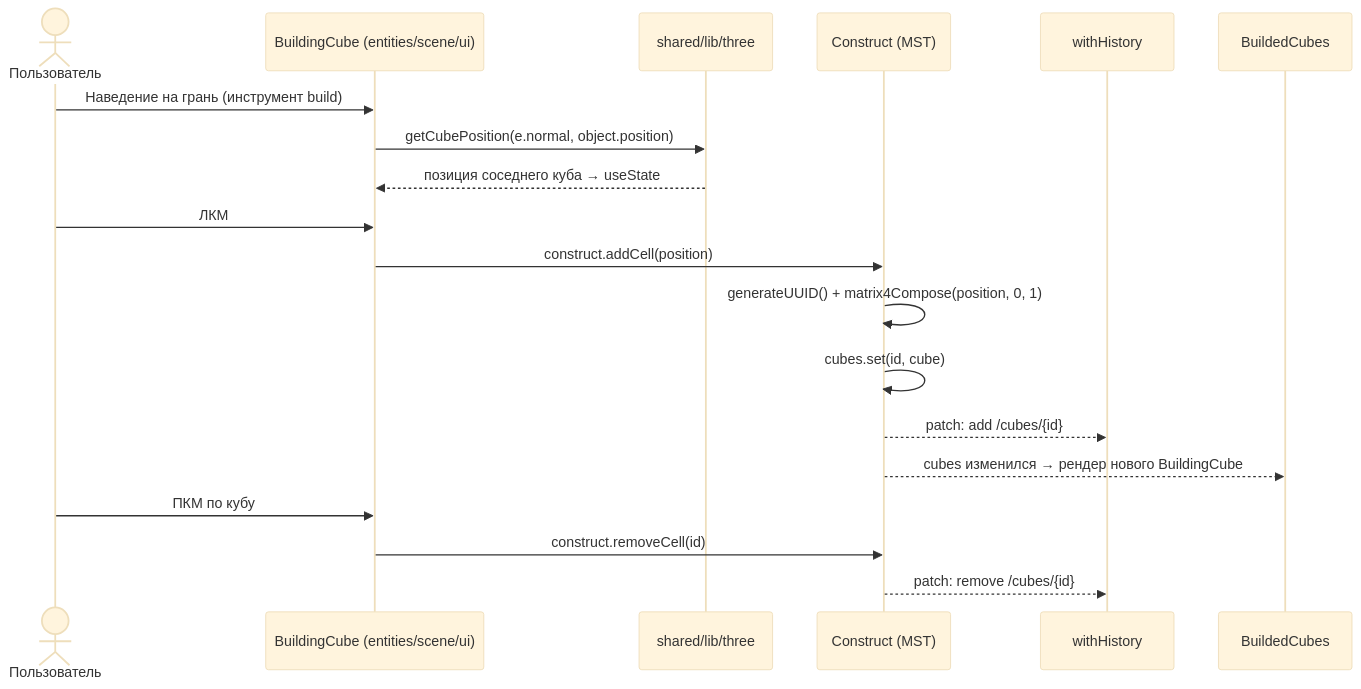
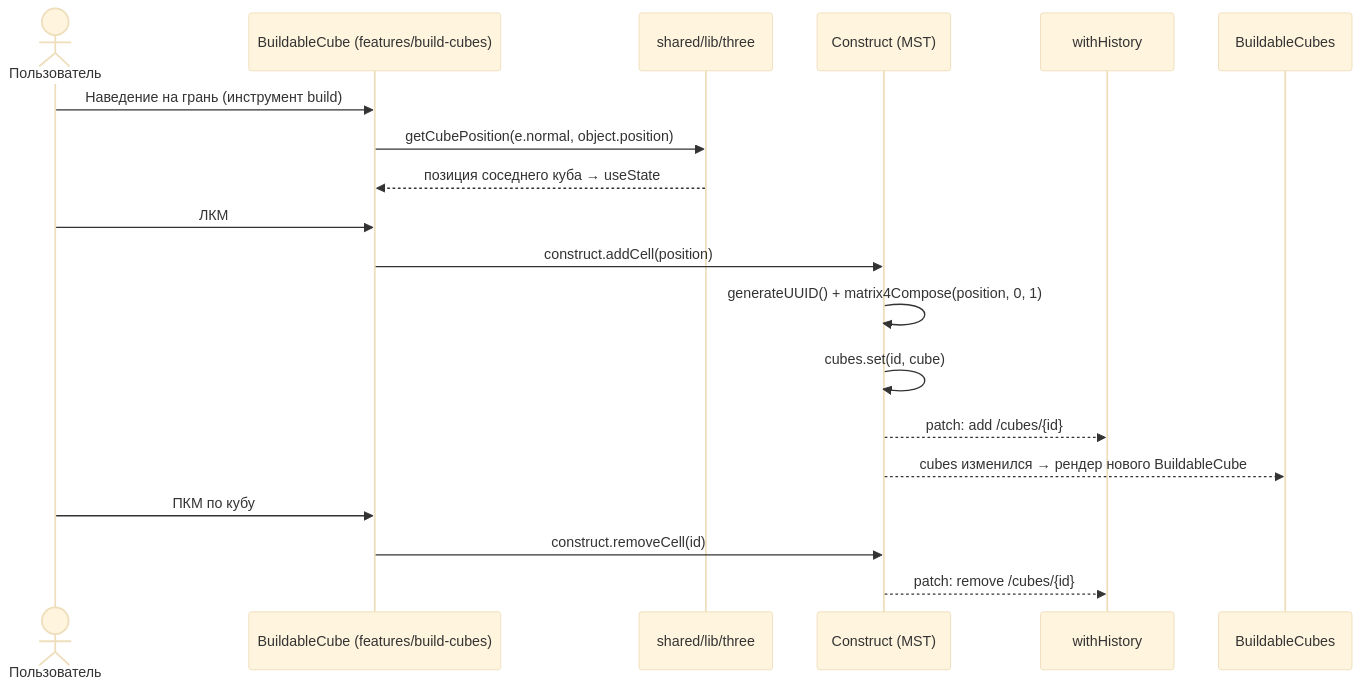
One commit to Nikita-Ardashev/dnd-frontend changed the third of 6 diagrams in docs/12-data-flow.md. Above: the diagram before and after it, drawn with Mermaid (base theme). The commit also changed other lines of this file and 185 other files, not shown here.

````diff
--- a/docs/12-data-flow.md
+++ b/docs/12-data-flow.md
@@ -61,23 +61,23 @@
 ```mermaid
 sequenceDiagram
     actor U as Пользователь
-    participant BC as BuildingCube (entities/scene/ui)
+    participant BC as BuildableCube (features/build-cubes)
     participant L as shared/lib/three
     participant CN as Construct (MST)
     participant H as withHistory
-    participant BCS as BuildedCubes
+    participant BCS as BuildableCubes
 
     U->>BC: Наведение на грань (инструмент build)
     BC->>L: getCubePosition(e.normal, object.position)
     L-->>BC: позиция соседнего куба → useState
     U->>BC: ЛКМ
     BC->>CN: construct.addCell(position)
     CN->>CN: generateUUID() + matrix4Compose(position, 0, 1)
     CN->>CN: cubes.set(id, cube)
     CN-->>H: patch: add /cubes/{id}
-    CN-->>BCS: cubes изменился → рендер нового BuildingCube
+    CN-->>BCS: cubes изменился → рендер нового BuildableCube
 
     U->>BC: ПКМ по кубу
     BC->>CN: construct.removeCell(id)
     CN-->>H: patch: remove /cubes/{id}
 ```
````
